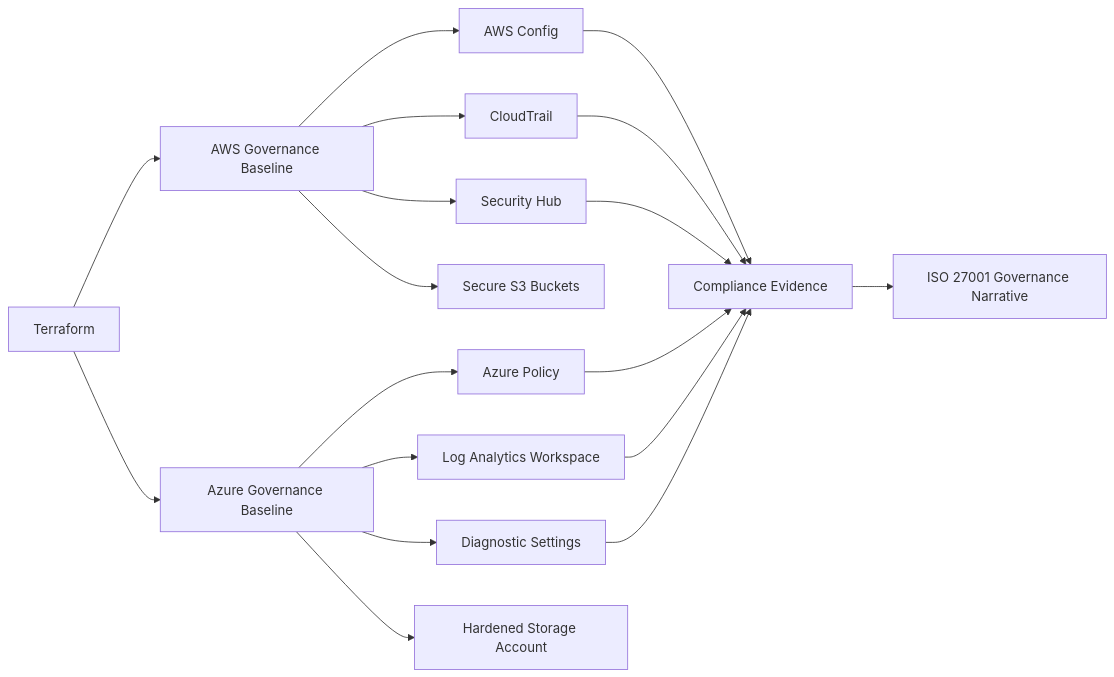
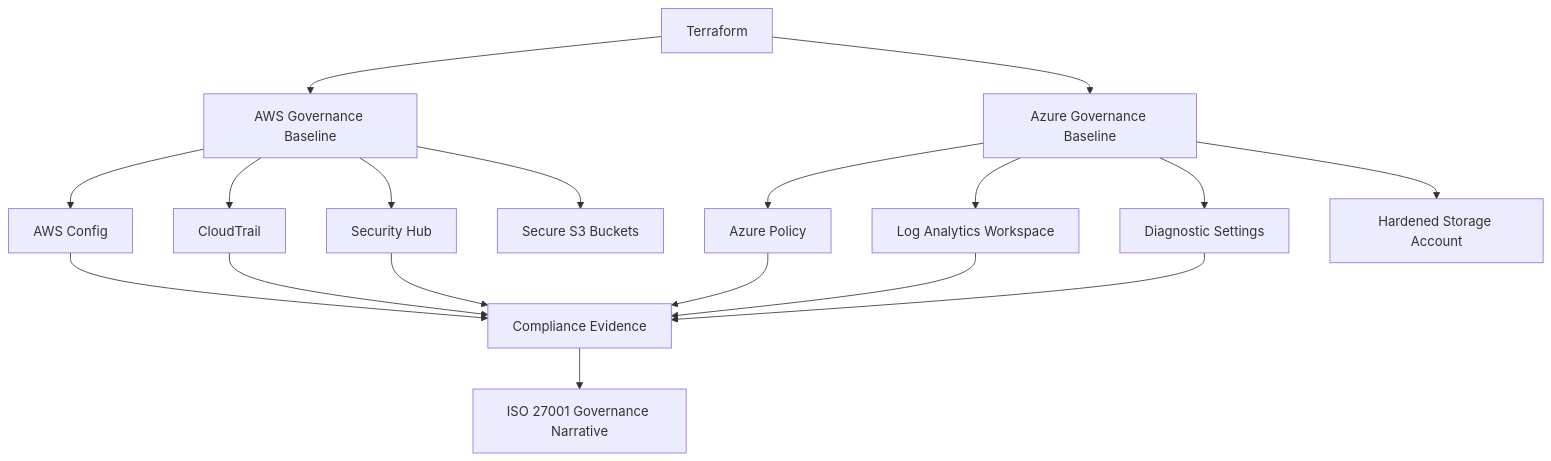
One commit to 0xmang/0xmang.github.io changed the diagram in content/posts/GaC-Project-Architecture.md. Above: the diagram before and after it, drawn with Mermaid.

````diff
--- a/content/posts/GaC-Project-Architecture.md
+++ b/content/posts/GaC-Project-Architecture.md
@@ -27,24 +27,24 @@
 ```mermaid
-flowchart LR
+flowchart TD
     A[Terraform] --> B[AWS Governance Baseline]
     A --> C[Azure Governance Baseline]
 
     B --> B1[AWS Config]
     B --> B2[CloudTrail]
     B --> B3[Security Hub]
     B --> B4[Secure S3 Buckets]
 
     C --> C1[Azure Policy]
     C --> C2[Log Analytics Workspace]
     C --> C3[Diagnostic Settings]
     C --> C4[Hardened Storage Account]
 
     B1 --> D[Compliance Evidence]
     B2 --> D
     B3 --> D
     C1 --> D
     C2 --> D
     C3 --> D
 
     D --> E[ISO 27001 Governance Narrative]
 ```
````
